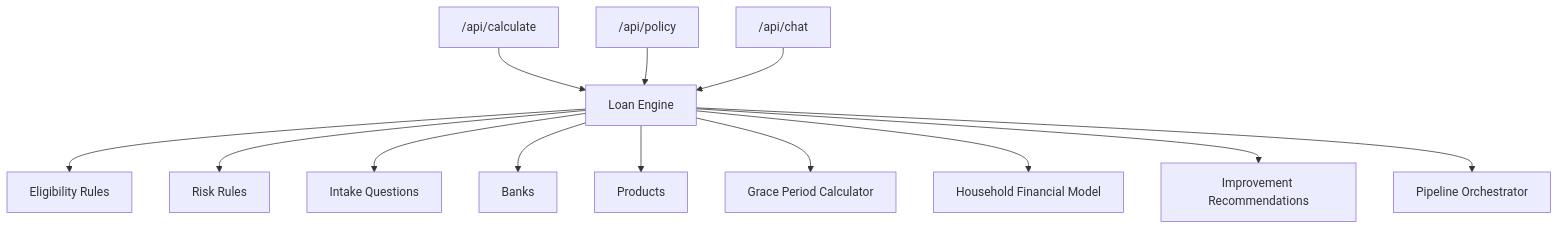
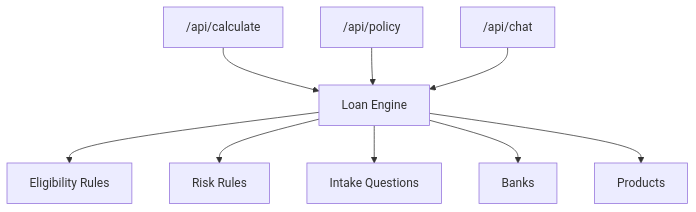
One commit to alibaba-hackathon-fsi/frontend-vaya changed the ninth of 9 diagrams in .qoder/repowiki/en/content/Loan Engine/Loan Engine.md. Above: the diagram before and after it, drawn with Mermaid. The commit also changed other lines of this file and 36 other files, not shown here.

````diff
--- a/.qoder/repowiki/en/content/Loan Engine/Loan Engine.md
+++ b/.qoder/repowiki/en/content/Loan Engine/Loan Engine.md
@@ -535,15 +370,11 @@
 ```mermaid
 graph TB
 CalcRoute["/api/calculate"] --> Engine["Loan Engine"]
 PolicyRoute["/api/policy"] --> Engine
 ChatRoute["/api/chat"] --> Engine
 Engine --> Eligibility["Eligibility Rules"]
 Engine --> Risk["Risk Rules"]
 Engine --> Intake["Intake Questions"]
 Engine --> Banks["Banks"]
 Engine --> Products["Products"]
-Engine --> GracePeriod["Grace Period Calculator"]
-Engine --> HouseholdModel["Household Financial Model"]
-Engine --> Recommendations["Improvement Recommendations"]
-Engine --> Pipeline["Pipeline Orchestrator"]
 ```
````
